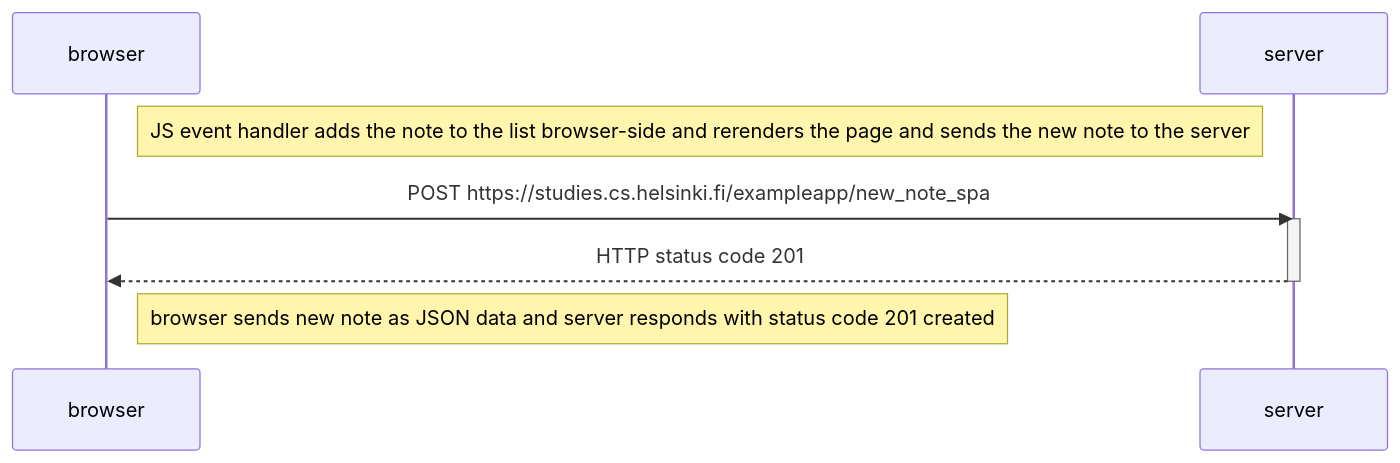
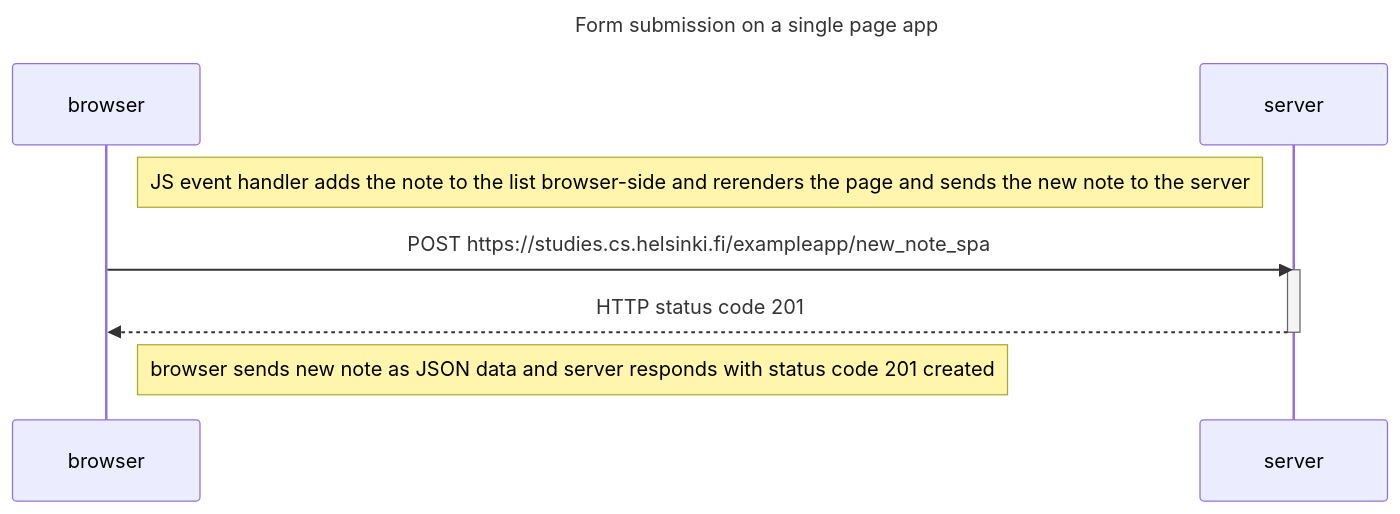
One commit to clewandowski32/fullstackcourse changed the diagram in part0/0.6.md. Above: the diagram before and after it, drawn with Mermaid.

Commit message:
Update 0.6.md to add title

````diff
--- a/part0/0.6.md
+++ b/part0/0.6.md
@@ -1,15 +1,16 @@
 ```mermaid
 sequenceDiagram
+    title Form submission on a single page app
     participant browser
     participant server
 
     Note right of browser: JS event handler adds the note to the list browser-side and rerenders the page and sends the new note to the server
     
     browser->>server: POST https://studies.cs.helsinki.fi/exampleapp/new_note_spa
     activate server
     server-->>browser: HTTP status code 201
     deactivate server
     
     Note right of browser: browser sends new note as JSON data and server responds with status code 201 created
     
 ```
````
